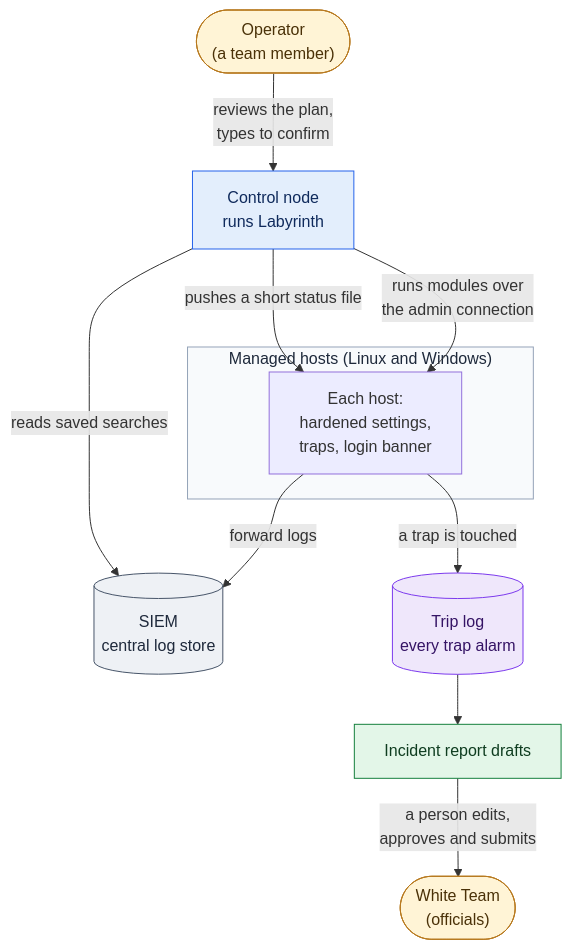
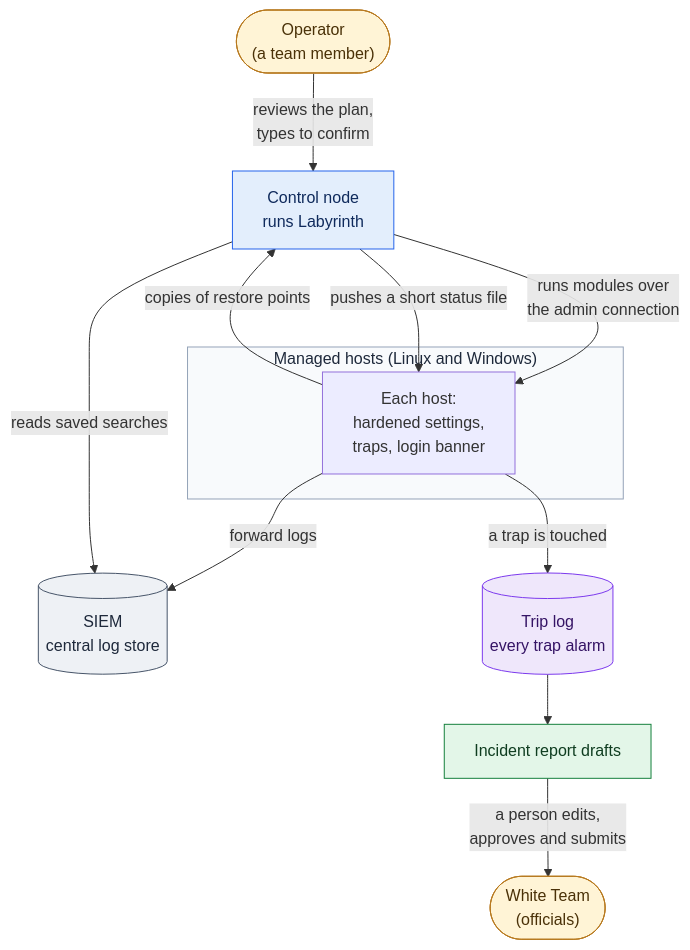
Before and after one commit to dotnetdork/Labyrinth: the second of 3 diagrams in docs/Overview.md, drawn with Mermaid. The commit also changed other lines of this file and 14 other files, not shown here.

````diff
--- a/docs/Overview.md
+++ b/docs/Overview.md
@@ -80,31 +80,32 @@
 ```mermaid
 flowchart TD
     OP(["Operator<br/>(a team member)"])
     CN["Control node<br/>runs Labyrinth"]
     subgraph hosts["Managed hosts (Linux and Windows)"]
         H["Each host:<br/>hardened settings,<br/>traps, login banner"]
     end
     SIEM[("SIEM<br/>central log store")]
     TL[("Trip log<br/>every trap alarm")]
     REP["Incident report drafts"]
     WT(["White Team<br/>(officials)"])
     OP -->|"reviews the plan,<br/>types to confirm"| CN
     CN -->|"runs modules over<br/>the admin connection"| H
     H -->|"forward logs"| SIEM
     H -->|"a trap is touched"| TL
     TL --> REP
     CN -->|"reads saved searches"| SIEM
     CN -->|"pushes a short status file"| H
+    H -->|"copies of restore points"| CN
     REP -->|"a person edits,<br/>approves and submits"| WT
     classDef human fill:#fff4d6,stroke:#b7791f,color:#4a3108
     classDef store fill:#eef1f5,stroke:#475569,color:#1e293b
     classDef observe fill:#e3eefc,stroke:#2563eb,color:#0f2a5c
     classDef deceive fill:#efe7fb,stroke:#7c3aed,color:#351465
     classDef sustain fill:#e3f6e8,stroke:#15803d,color:#0f3d20
     class OP,WT human
     class SIEM store
     class CN observe
     class TL deceive
     class REP sustain
     style hosts fill:#f8fafc,stroke:#94a3b8,color:#1e293b
 ```
````
